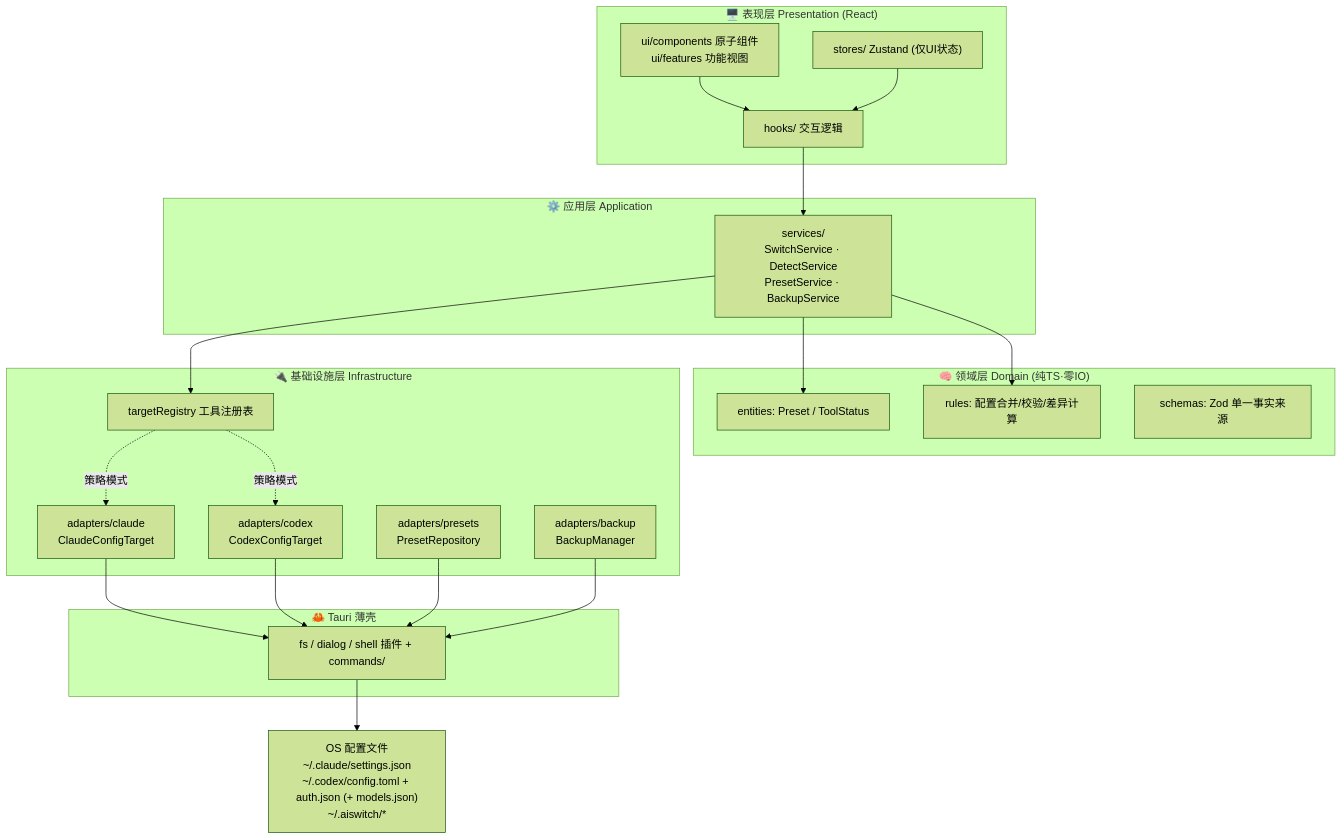
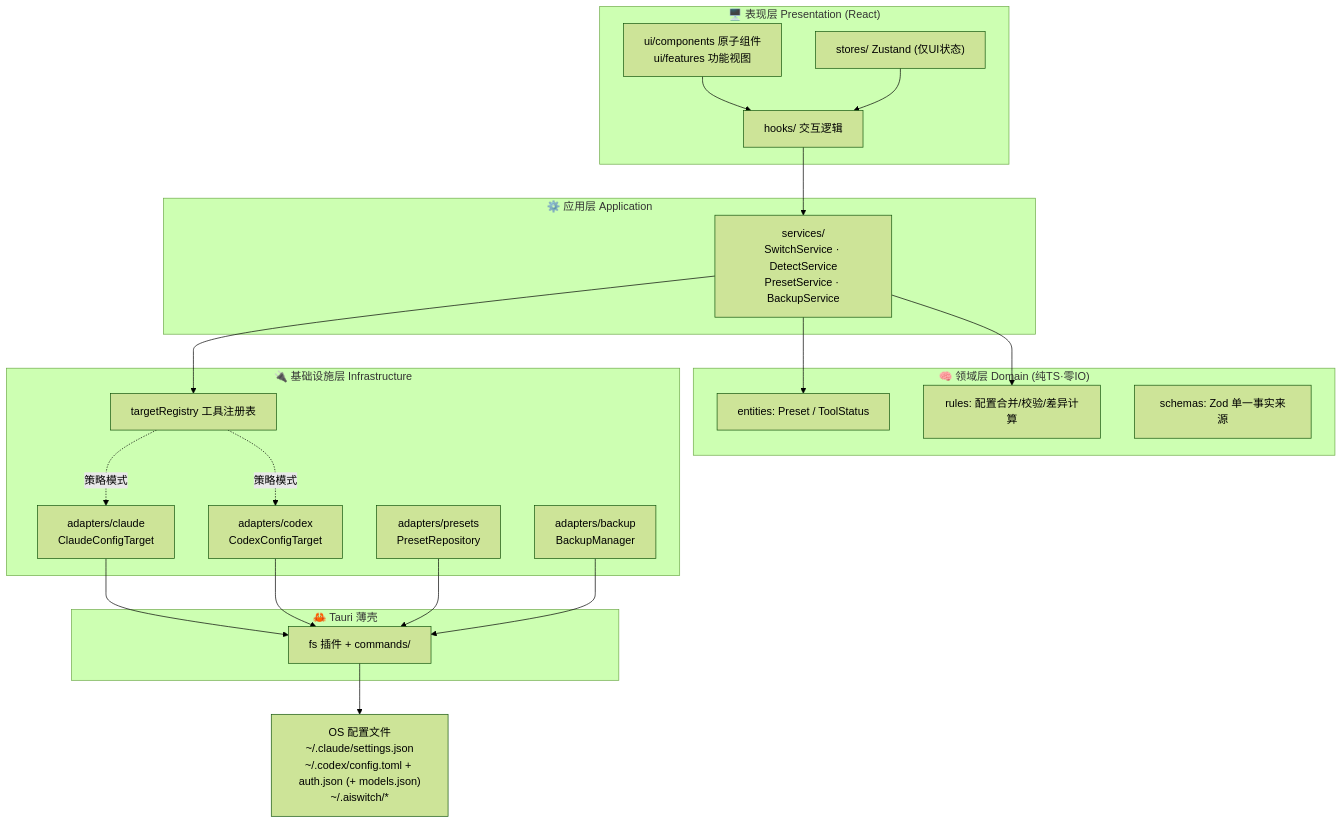
The first of 2 diagrams in docs/ARCHITECTURE.md (small-dream/AISwitch), drawn with Mermaid (forest theme) before and after one commit. The commit also changed other lines of this file and 4 other files, not shown here.

````diff
--- a/docs/ARCHITECTURE.md
+++ b/docs/ARCHITECTURE.md
@@ -29,39 +29,39 @@
 ```mermaid
 graph TB
     subgraph L1["🖥️ 表现层 Presentation (React)"]
         UI["ui/components 原子组件<br/>ui/features 功能视图"]
         HK["hooks/ 交互逻辑"]
         ST["stores/ Zustand (仅UI状态)"]
     end
 
     subgraph L2["⚙️ 应用层 Application"]
         SVC["services/<br/>SwitchService · DetectService<br/>PresetService · BackupService"]
     end
 
     subgraph L3["🧠 领域层 Domain (纯TS·零IO)"]
         ENT["entities: Preset / ToolStatus"]
         RULE["rules: 配置合并/校验/差异计算"]
         SCH["schemas: Zod 单一事实来源"]
     end
 
     subgraph L4["🔌 基础设施层 Infrastructure"]
         REG["targetRegistry 工具注册表"]
         CA["adapters/claude<br/>ClaudeConfigTarget"]
         CO["adapters/codex<br/>CodexConfigTarget"]
         PR["adapters/presets<br/>PresetRepository"]
         BK["adapters/backup<br/>BackupManager"]
     end
 
     subgraph L5["🦀 Tauri 薄壳"]
-        FS["fs / dialog / shell 插件 + commands/"]
+        FS["fs 插件 + commands/"]
     end
 
     OS["OS 配置文件<br/>~/.claude/settings.json<br/>~/.codex/config.toml + auth.json (+ models.json)<br/>~/.aiswitch/*"]
 
     UI --> HK --> SVC
     ST --> HK
     SVC --> ENT & RULE
     SVC --> REG
     REG -.策略模式.-> CA & CO
     CA & CO & PR & BK --> FS --> OS
 ```
````
